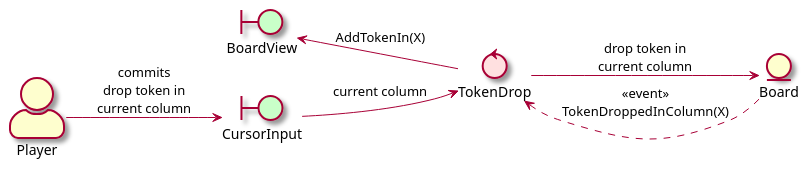
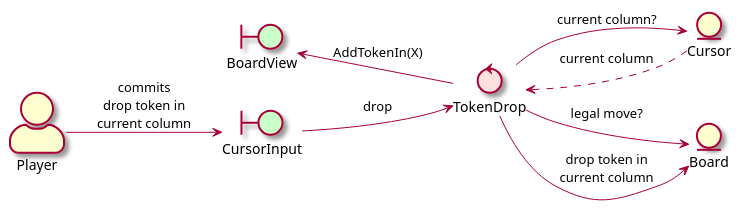
One commit to RicardoGuzmanVelasco/TDDpraxis changed the diagram in Assets/Connect4/Documentation~/DropValidToken.puml. Above: the diagram before and after it, drawn with PlantUML. The commit also changed 4 other files, not shown here.

Commit message:
docs: update diagrams to include new cursor abstraction

```diff
--- a/Assets/Connect4/Documentation~/DropValidToken.puml
+++ b/Assets/Connect4/Documentation~/DropValidToken.puml
@@ -1,19 +1,23 @@
 @startuml
 skin rose
 skinparam actorstyle awesome
 left to right direction
 
 actor Player
+boundary BoardView #technology
 boundary CursorInput #technology
-boundary BoardView #technology
 control TokenDrop #implementation
+entity Cursor
 entity Board
 
 Player --> CursorInput : commits\ndrop token in\ncurrent column
-CursorInput --> TokenDrop : current column
+CursorInput --> TokenDrop : drop
+TokenDrop --> Cursor : current column?
+Cursor ..> TokenDrop : current column
+TokenDrop --> Board : legal move?
 TokenDrop --> Board : drop token in\ncurrent column
-Board ..> TokenDrop : <<event>>\nTokenDroppedInColumn(X)
 TokenDrop -> BoardView : AddTokenIn(X)
 
 CursorInput .l. BoardView #transparent
+
 @enduml
```
